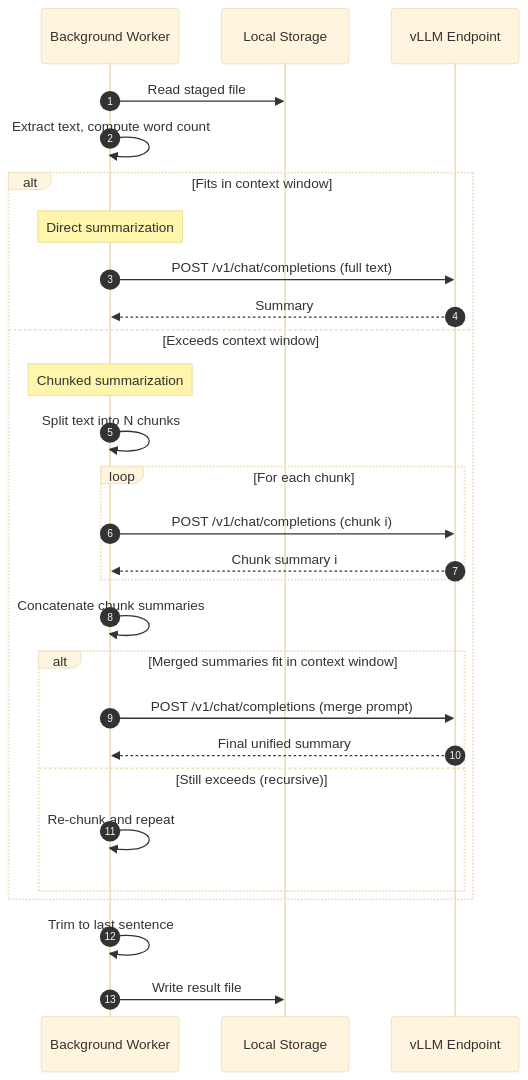
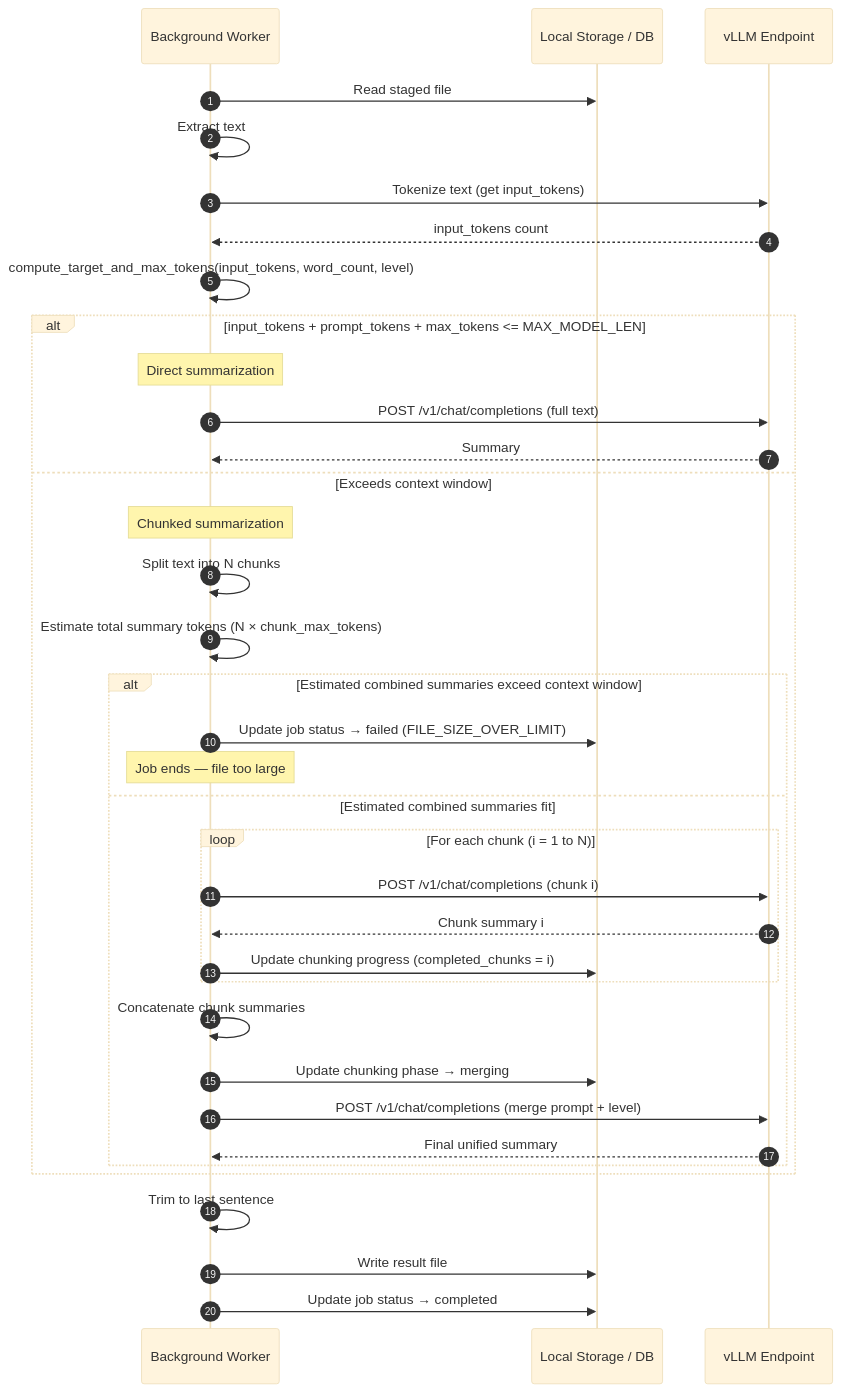
Before and after one commit to manalilatkar/project-ai-services: the fifth of 5 diagrams in docs/proposals/summarization_endpoint_design_doc.md, drawn with Mermaid (base theme). The commit also changed other lines of this file, not shown here.

````diff
--- a/docs/proposals/summarization_endpoint_design_doc.md
+++ b/docs/proposals/summarization_endpoint_design_doc.md
@@ -1245,36 +1229,43 @@
 ```mermaid
 sequenceDiagram
     autonumber
     participant Worker as Background Worker
-    participant FS as Local Storage
+    participant FS as Local Storage / DB
     participant vLLM as vLLM Endpoint
 
     Worker->>FS: Read staged file
-    Worker->>Worker: Extract text, compute word count
+    Worker->>Worker: Extract text
+    Worker->>vLLM: Tokenize text (get input_tokens)
+    vLLM-->>Worker: input_tokens count
+    Worker->>Worker: compute_target_and_max_tokens(input_tokens, word_count, level)
 
-    alt Fits in context window
+    alt input_tokens + prompt_tokens + max_tokens <= MAX_MODEL_LEN
         Note over Worker: Direct summarization
         Worker->>vLLM: POST /v1/chat/completions (full text)
         vLLM-->>Worker: Summary
     else Exceeds context window
         Note over Worker: Chunked summarization
         Worker->>Worker: Split text into N chunks
+        Worker->>Worker: Estimate total summary tokens (N × chunk_max_tokens)
 
-        loop For each chunk
-            Worker->>vLLM: POST /v1/chat/completions (chunk i)
-            vLLM-->>Worker: Chunk summary i
-        end
+        alt Estimated combined summaries exceed context window
+            Worker->>FS: Update job status → failed (FILE_SIZE_OVER_LIMIT)
+            Note over Worker: Job ends — file too large
+        else Estimated combined summaries fit
+            loop For each chunk (i = 1 to N)
+                Worker->>vLLM: POST /v1/chat/completions (chunk i)
+                vLLM-->>Worker: Chunk summary i
+                Worker->>FS: Update chunking progress (completed_chunks = i)
+            end
 
-        Worker->>Worker: Concatenate chunk summaries
-
-        alt Merged summaries fit in context window
-            Worker->>vLLM: POST /v1/chat/completions (merge prompt)
+            Worker->>Worker: Concatenate chunk summaries
+            Worker->>FS: Update chunking phase → merging
+            Worker->>vLLM: POST /v1/chat/completions (merge prompt + level)
             vLLM-->>Worker: Final unified summary
-        else Still exceeds (recursive)
-            Worker->>Worker: Re-chunk and repeat
         end
     end
 
     Worker->>Worker: Trim to last sentence
     Worker->>FS: Write result file
+    Worker->>FS: Update job status → completed
 ```
````
